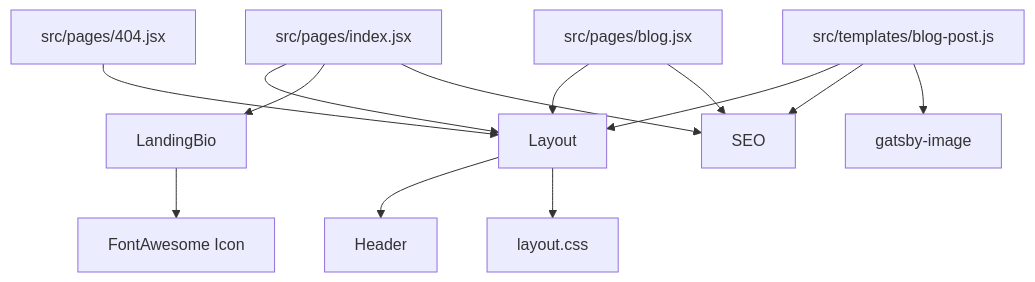
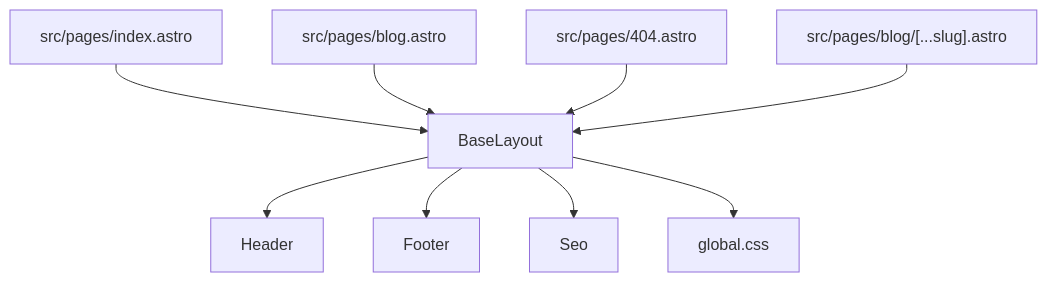
The second of 3 diagrams in ARCHITECTURE.md (smyrick/smyrick.github.io), drawn with Mermaid before and after one commit. The commit also changed other lines of this file and 46 other files, not shown here.

Commit message:
Migrate site from Gatsby to Astro

````diff
--- a/ARCHITECTURE.md
+++ b/ARCHITECTURE.md
@@ -108,15 +105,11 @@
 ```mermaid
 graph TD
-    Index["src/pages/index.jsx"] --> Layout["Layout"]
-    Blog["src/pages/blog.jsx"] --> Layout
-    NotFound["src/pages/404.jsx"] --> Layout
-    PostTemplate["src/templates/blog-post.js"] --> Layout
+    Index["src/pages/index.astro"] --> Layout["BaseLayout"]
+    Blog["src/pages/blog.astro"] --> Layout
+    NotFound["src/pages/404.astro"] --> Layout
+    PostPage["src/pages/blog/[...slug].astro"] --> Layout
     Layout --> Header["Header"]
-    Layout --> GlobalCSS["layout.css"]
-    Index --> LandingBio["LandingBio"]
-    LandingBio --> Icon["FontAwesome Icon"]
-    Index --> SEO["SEO"]
-    Blog --> SEO
-    PostTemplate --> SEO
-    PostTemplate --> GatsbyImage["gatsby-image"]
+    Layout --> Footer["Footer"]
+    Layout --> SEO["Seo"]
+    Layout --> GlobalCSS["global.css"]
 ```
````
